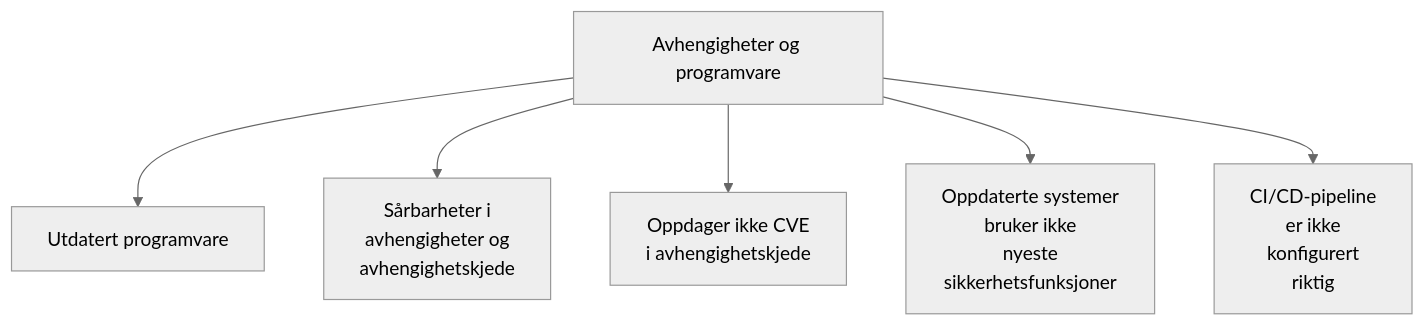
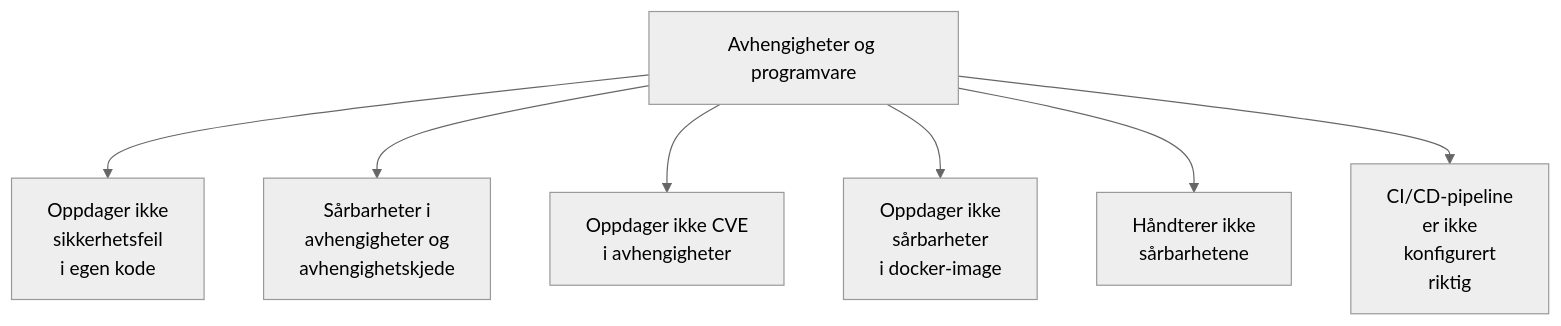
One commit to navikt/security-playbook changed the seventh of 18 diagrams in docs/07-sikker-utvikling/_saarbarhetstraer.mdx. Above: the diagram before and after it, drawn with Mermaid (neutral theme).

Commit message:
Oppdaterer såbarhetstrær litt.

````diff
--- a/docs/07-sikker-utvikling/_saarbarhetstraer.mdx
+++ b/docs/07-sikker-utvikling/_saarbarhetstraer.mdx
@@ -98,8 +98,9 @@
 ```mermaid
 graph TD;
-    AVHENG[Avhengigheter og programvare]-->UTDAT[Utdatert programvare];
+    AVHENG[Avhengigheter og programvare]-->Fei[Oppdager ikke\n sikkerhetsfeil\n i egen kode];
     AVHENG-->SARB[Sårbarheter i\n avhengigheter og\n avhengighetskjede];
-    AVHENG-->OPPDAG[Oppdager ikke CVE\n i avhengighetskjede];
-    AVHENG-->SIK[Oppdaterte systemer\n bruker ikke\n nyeste\n sikkerhetsfunksjoner];
+    AVHENG-->OPPDAG[Oppdager ikke CVE\n i avhengigheter];
+    AVHENG-->DOCKER[Oppdager ikke\n sårbarheter\n i docker-image];
+    AVHENG-->HAND[Håndterer ikke\n sårbarhetene];
     AVHENG-->CI[CI/CD-pipeline\n er ikke\n konfigurert\n riktig];
 ```
````
